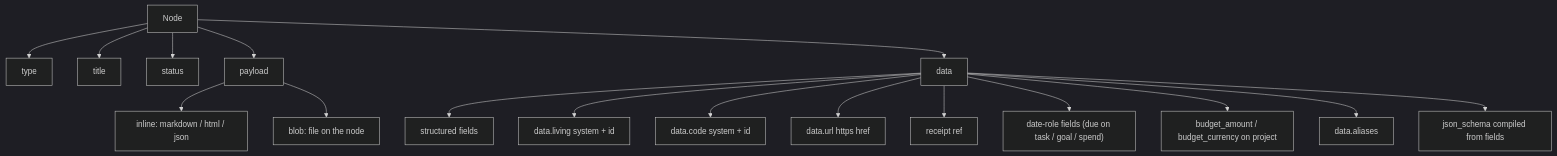
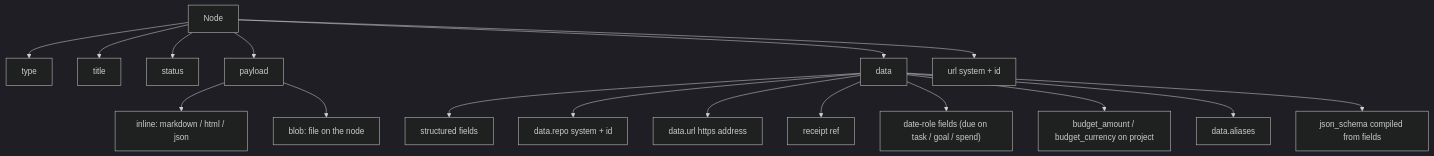
One commit to dgraziosi/foundation changed the third of 11 diagrams in docs/ARCHITECTURE.md. Above: the diagram before and after it, drawn with Mermaid (dark theme). The commit also changed other lines of this file and 39 other files, not shown here.

First line of the commit message:
search { url } / { repo } live filters; link is the edge verb (#56)

````diff
--- a/docs/ARCHITECTURE.md
+++ b/docs/ARCHITECTURE.md
@@ -64,22 +64,22 @@
 ```mermaid
 flowchart TB
   node_box["Node"]
   node_box --> node_type["type"]
   node_box --> node_title["title"]
   node_box --> node_status["status"]
   node_box --> node_payload["payload"]
   node_box --> node_data["data"]
 
   node_payload --> inline["inline: markdown / html / json"]
   node_payload --> blob_on_node["blob: file on the node"]
 
+  node_box --> url_id["url system + id"]
   node_data --> structured["structured fields"]
-  node_data --> living["data.living system + id"]
-  node_data --> code["data.code system + id"]
-  node_data --> url["data.url https href"]
+  node_data --> repo["data.repo system + id"]
+  node_data --> url_href["data.url https address"]
   node_data --> receipt["receipt ref"]
   node_data --> due["date-role fields (due on task / goal / spend)"]
   node_data --> budget["budget_amount / budget_currency on project"]
   node_data --> aliases["data.aliases"]
   node_data --> schema["json_schema compiled from fields"]
 ```
````
